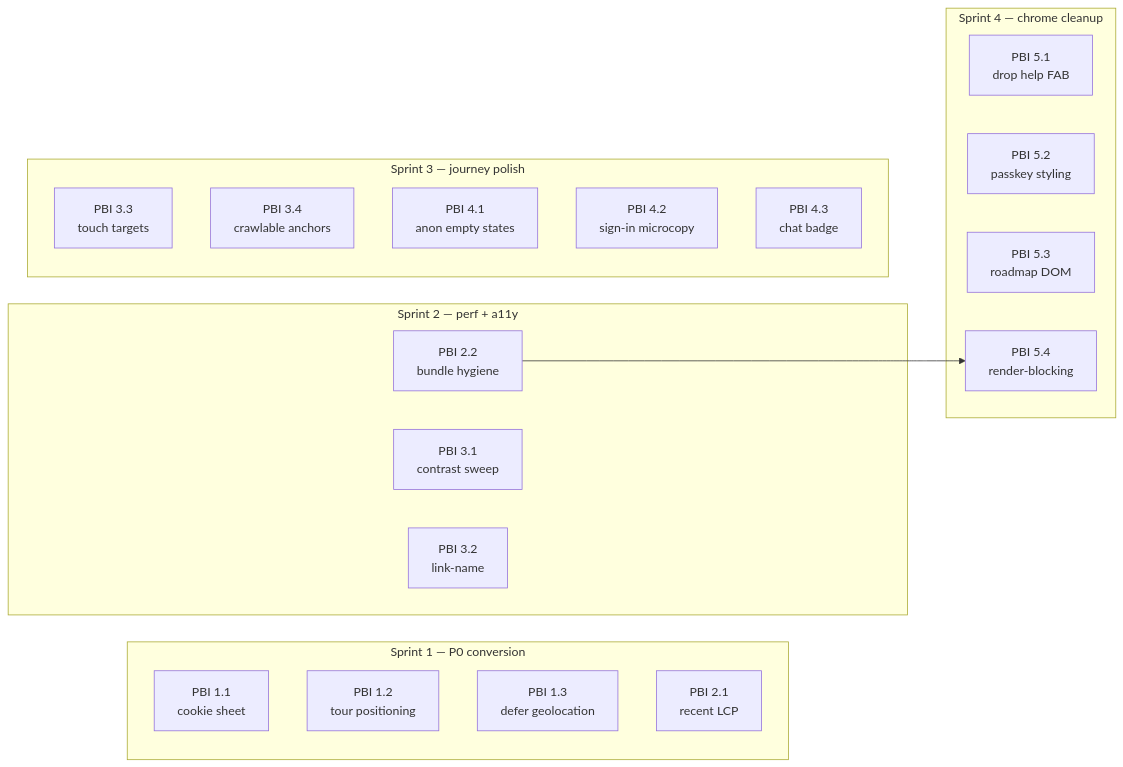
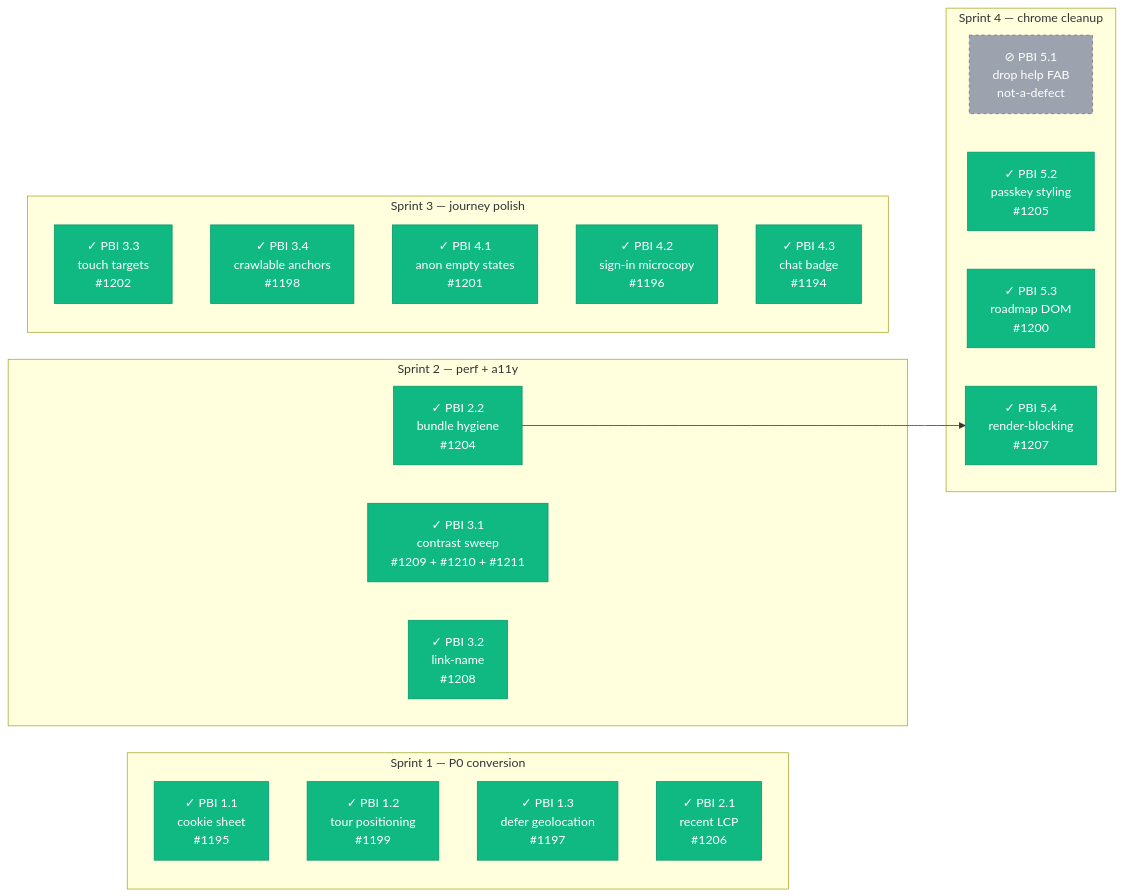
Before and after one commit to ArtemioPadilla/rastrum: the diagram in docs/superpowers/specs/2026-05-25-ui-ux-audit-roadmap.md, drawn with Mermaid. The commit also changed other lines of this file, not shown here.

First line of the commit message:
docs(audit): mark roadmap mechanically complete (76 AC + viz + DONE) (#1214)

````diff
--- a/docs/superpowers/specs/2026-05-25-ui-ux-audit-roadmap.md
+++ b/docs/superpowers/specs/2026-05-25-ui-ux-audit-roadmap.md
@@ -100,28 +100,32 @@
 ```mermaid
 graph LR
   subgraph "Sprint 1 — P0 conversion"
-    P11["PBI 1.1<br/>cookie sheet"]
-    P12["PBI 1.2<br/>tour positioning"]
-    P13["PBI 1.3<br/>defer geolocation"]
-    P21["PBI 2.1<br/>recent LCP"]
+    P11["✓ PBI 1.1<br/>cookie sheet<br/>#1195"]
+    P12["✓ PBI 1.2<br/>tour positioning<br/>#1199"]
+    P13["✓ PBI 1.3<br/>defer geolocation<br/>#1197"]
+    P21["✓ PBI 2.1<br/>recent LCP<br/>#1206"]
   end
   subgraph "Sprint 2 — perf + a11y"
-    P22["PBI 2.2<br/>bundle hygiene"]
-    P31["PBI 3.1<br/>contrast sweep"]
-    P32["PBI 3.2<br/>link-name"]
+    P22["✓ PBI 2.2<br/>bundle hygiene<br/>#1204"]
+    P31["✓ PBI 3.1<br/>contrast sweep<br/>#1209 + #1210 + #1211"]
+    P32["✓ PBI 3.2<br/>link-name<br/>#1208"]
   end
   subgraph "Sprint 3 — journey polish"
-    P33["PBI 3.3<br/>touch targets"]
-    P34["PBI 3.4<br/>crawlable anchors"]
-    P41["PBI 4.1<br/>anon empty states"]
-    P42["PBI 4.2<br/>sign-in microcopy"]
-    P43["PBI 4.3<br/>chat badge"]
+    P33["✓ PBI 3.3<br/>touch targets<br/>#1202"]
+    P34["✓ PBI 3.4<br/>crawlable anchors<br/>#1198"]
+    P41["✓ PBI 4.1<br/>anon empty states<br/>#1201"]
+    P42["✓ PBI 4.2<br/>sign-in microcopy<br/>#1196"]
+    P43["✓ PBI 4.3<br/>chat badge<br/>#1194"]
   end
   subgraph "Sprint 4 — chrome cleanup"
-    P51["PBI 5.1<br/>drop help FAB"]
-    P52["PBI 5.2<br/>passkey styling"]
-    P53["PBI 5.3<br/>roadmap DOM"]
-    P54["PBI 5.4<br/>render-blocking"]
+    P51["⊘ PBI 5.1<br/>drop help FAB<br/>not-a-defect"]
+    P52["✓ PBI 5.2<br/>passkey styling<br/>#1205"]
+    P53["✓ PBI 5.3<br/>roadmap DOM<br/>#1200"]
+    P54["✓ PBI 5.4<br/>render-blocking<br/>#1207"]
   end
   P22 --> P54
+  classDef done fill:#10b981,stroke:#059669,color:#fff
+  classDef noop fill:#9ca3af,stroke:#6b7280,color:#fff,stroke-dasharray:4
+  class P11,P12,P13,P21,P22,P31,P32,P33,P34,P41,P42,P43,P52,P53,P54 done
+  class P51 noop
 ```
````
